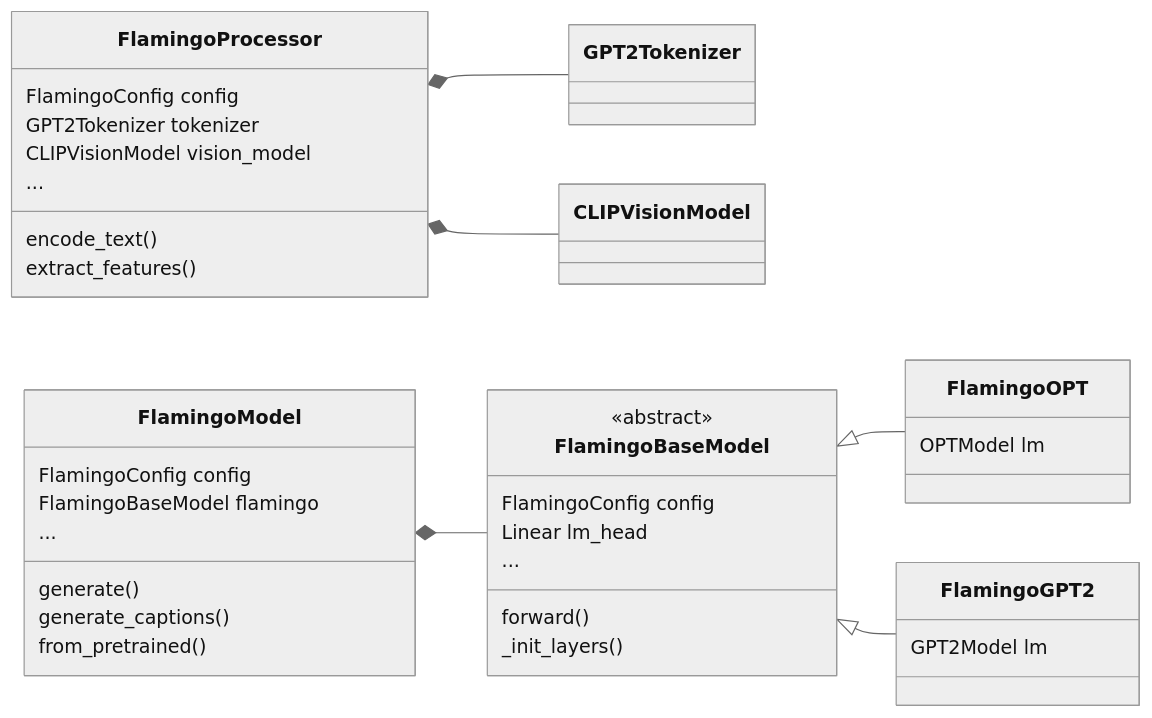
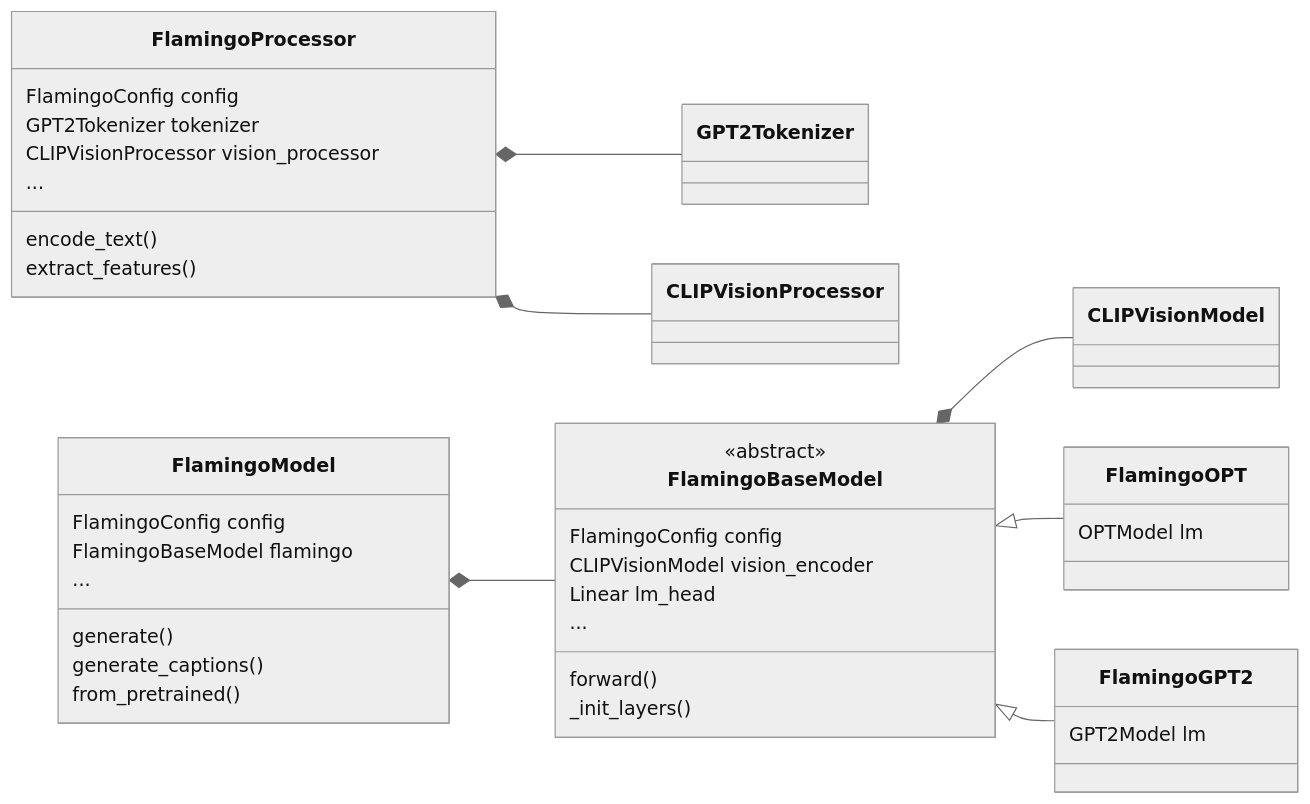
One commit to dhansmair/flamingo-mini changed the diagram in README.md. Above: the diagram before and after it, drawn with Mermaid (neutral theme). The commit also changed other lines of this file, not shown here.

````diff
--- a/README.md
+++ b/README.md
@@ -80,45 +91,48 @@
 ```mermaid
 classDiagram
 direction LR
 class FlamingoProcessor {
   FlamingoConfig config
   GPT2Tokenizer tokenizer
-  CLIPVisionModel vision_model
+  CLIPVisionProcessor vision_processor
   
   encode_text()
   extract_features()
   ...
 }
 class GPT2Tokenizer
 class CLIPVisionModel
+class CLIPVisionProcessor
 FlamingoProcessor *-- GPT2Tokenizer
-FlamingoProcessor *-- CLIPVisionModel
+FlamingoProcessor *-- CLIPVisionProcessor
 
 class FlamingoModel {
   FlamingoConfig config
   FlamingoBaseModel flamingo
   
   generate()
   generate_captions()
   from_pretrained() 
   ...
 }
 
 class FlamingoBaseModel {
   <<abstract>>
   FlamingoConfig config
+  CLIPVisionModel vision_encoder
   Linear lm_head
   forward()
   _init_layers()
   ...
 }
 class FlamingoOPT {
   OPTModel lm
 }
 class FlamingoGPT2 {
   GPT2Model lm
 }
 FlamingoModel *-- FlamingoBaseModel
+FlamingoBaseModel *-- CLIPVisionModel
 FlamingoBaseModel <|-- FlamingoOPT
 FlamingoBaseModel <|-- FlamingoGPT2
 ```
````
